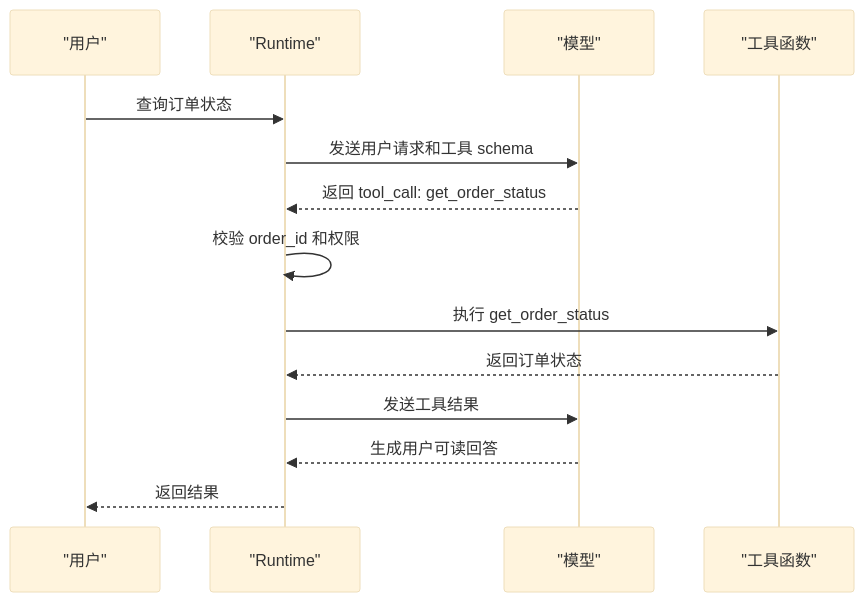
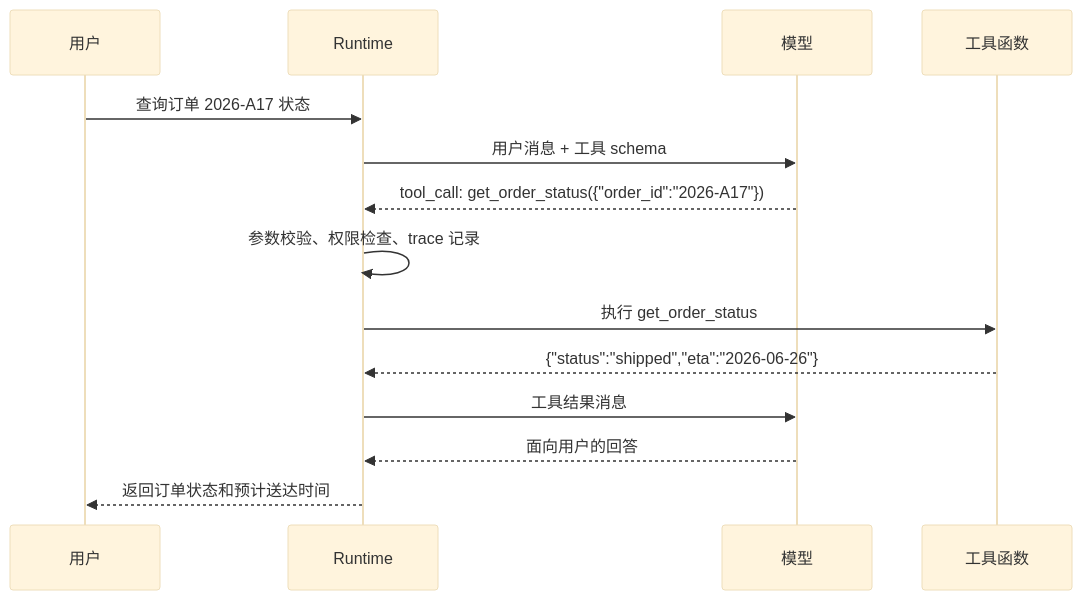
One commit to Doge2077/liyyro changed the diagram in docs/AI/Agent/Agent工具调用/Function Calling原理.md. Above: the diagram before and after it, drawn with Mermaid (base theme). The commit also changed other lines of this file and 27 other files, not shown here.

````diff
--- a/docs/AI/Agent/Agent工具调用/Function Calling原理.md
+++ b/docs/AI/Agent/Agent工具调用/Function Calling原理.md
@@ -29,17 +31,17 @@
 ```mermaid
 sequenceDiagram
-  participant U as "用户"
-  participant R as "Runtime"
-  participant M as "模型"
-  participant T as "工具函数"
+  participant U as 用户
+  participant R as Runtime
+  participant M as 模型
+  participant T as 工具函数
 
-  U->>R: 查询订单状态
-  R->>M: 发送用户请求和工具 schema
-  M-->>R: 返回 tool_call: get_order_status
-  R->>R: 校验 order_id 和权限
+  U->>R: 查询订单 2026-A17 状态
+  R->>M: 用户消息 + 工具 schema
+  M-->>R: tool_call: get_order_status({"order_id":"2026-A17"})
+  R->>R: 参数校验、权限检查、trace 记录
   R->>T: 执行 get_order_status
-  T-->>R: 返回订单状态
-  R->>M: 发送工具结果
-  M-->>R: 生成用户可读回答
-  R-->>U: 返回结果
+  T-->>R: {"status":"shipped","eta":"2026-06-26"}
+  R->>M: 工具结果消息
+  M-->>R: 面向用户的回答
+  R-->>U: 返回订单状态和预计送达时间
 ```
````
